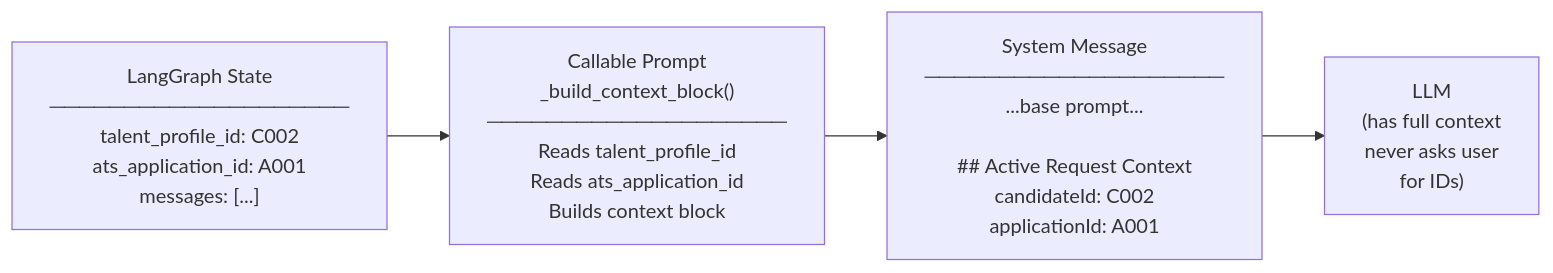
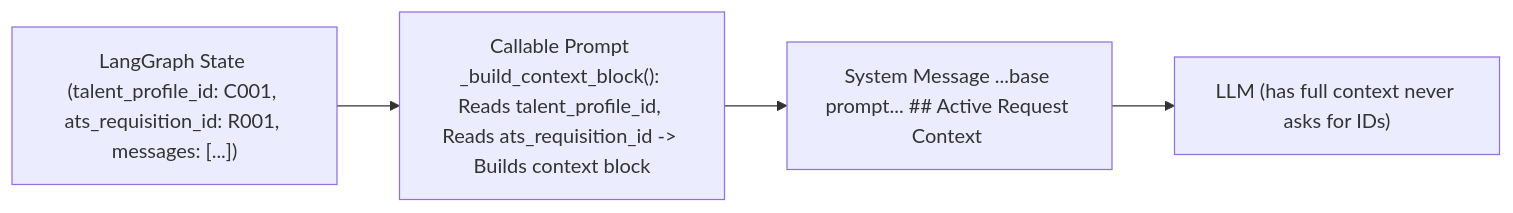
One commit to venkat-raman17/candidate-agent changed the sixth of 35 diagrams in LLD_POST_APPLY_ASSISTANT.md. Above: the diagram before and after it, drawn with Mermaid. The commit also changed other lines of this file, not shown here.

````diff
--- a/LLD_POST_APPLY_ASSISTANT.md
+++ b/LLD_POST_APPLY_ASSISTANT.md
@@ -311,11 +323,11 @@
 ```mermaid
 flowchart LR
-    STATE["LangGraph State\n────────────────────\ntalent_profile_id: C002\nats_application_id: A001\nmessages: [...]"]
-    CALLABLE["Callable Prompt\n_build_context_block()\n────────────────────\nReads talent_profile_id\nReads ats_application_id\nBuilds context block"]
-    SYSMSG["System Message\n────────────────────\n...base prompt...\n\n## Active Request Context\ncandidateId: C002\napplicationId: A001\n<instruction>"]
-    LLM["LLM\n(has full context\nnever asks user\nfor IDs)"]
+    STATE["LangGraph State (talent_profile_id: C001, ats_requisition_id: R001, messages: [...])"]
+    CALLABLE["Callable Prompt _build_context_block(): Reads talent_profile_id, Reads ats_requisition_id -> Builds context block"]
+    SYSMSG["System Message ...base prompt... ## Active Request Context <instruction>"]
+    LLM["LLM (has full context never asks for IDs)"]
 
     STATE --> CALLABLE
     CALLABLE --> SYSMSG
     SYSMSG --> LLM
 ```
````
